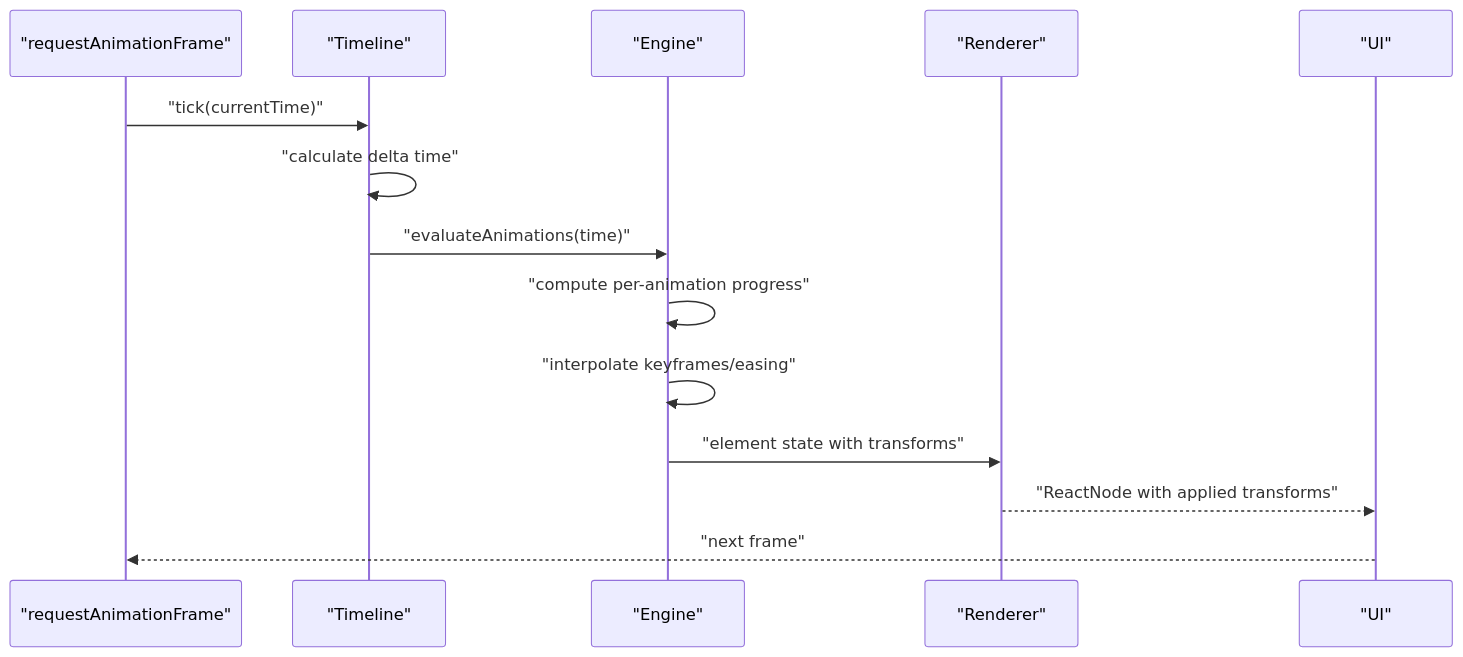
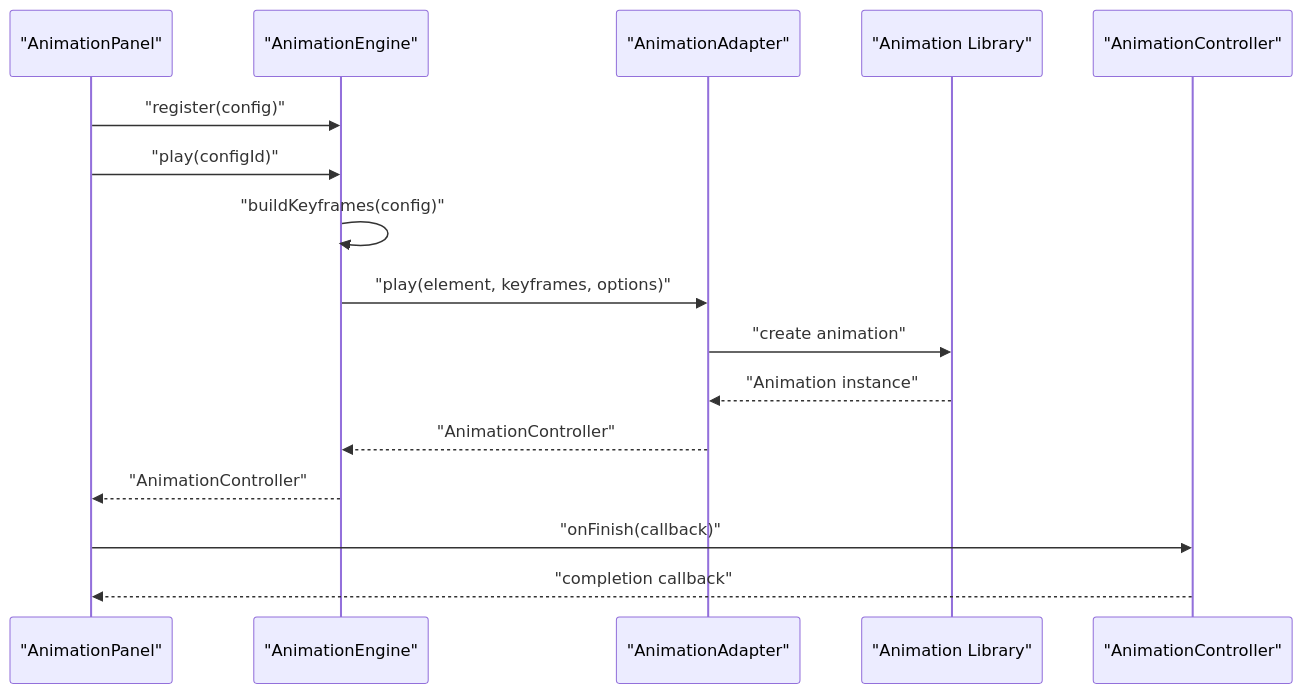
The second of 7 diagrams in .qoder/repowiki/en/content/Animation System/Animation System.md (Anna0314zy/ai_editor_enginer), drawn with Mermaid before and after one commit. The commit also changed other lines of this file and 10 other files, not shown here.

````diff
--- a/.qoder/repowiki/en/content/Animation System/Animation System.md
+++ b/.qoder/repowiki/en/content/Animation System/Animation System.md
@@ -134,16 +144,18 @@
 ```mermaid
 sequenceDiagram
-participant RAF as "requestAnimationFrame"
-participant TL as "Timeline"
-participant ENG as "Engine"
-participant REN as "Renderer"
-participant UI as "UI"
-RAF->>TL : "tick(currentTime)"
-TL->>TL : "calculate delta time"
-TL->>ENG : "evaluateAnimations(time)"
-ENG->>ENG : "compute per-animation progress"
-ENG->>ENG : "interpolate keyframes/easing"
-ENG->>REN : "element state with transforms"
-REN-->>UI : "ReactNode with applied transforms"
-UI-->>RAF : "next frame"
+participant UI as "AnimationPanel"
+participant ENGINE as "AnimationEngine"
+participant ADAPTER as "AnimationAdapter"
+participant LIB as "Animation Library"
+participant CTRL as "AnimationController"
+UI->>ENGINE : "register(config)"
+UI->>ENGINE : "play(configId)"
+ENGINE->>ENGINE : "buildKeyframes(config)"
+ENGINE->>ADAPTER : "play(element, keyframes, options)"
+ADAPTER->>LIB : "create animation"
+LIB-->>ADAPTER : "Animation instance"
+ADAPTER-->>ENGINE : "AnimationController"
+ENGINE-->>UI : "AnimationController"
+UI->>CTRL : "onFinish(callback)"
+CTRL-->>UI : "completion callback"
 ```
````
